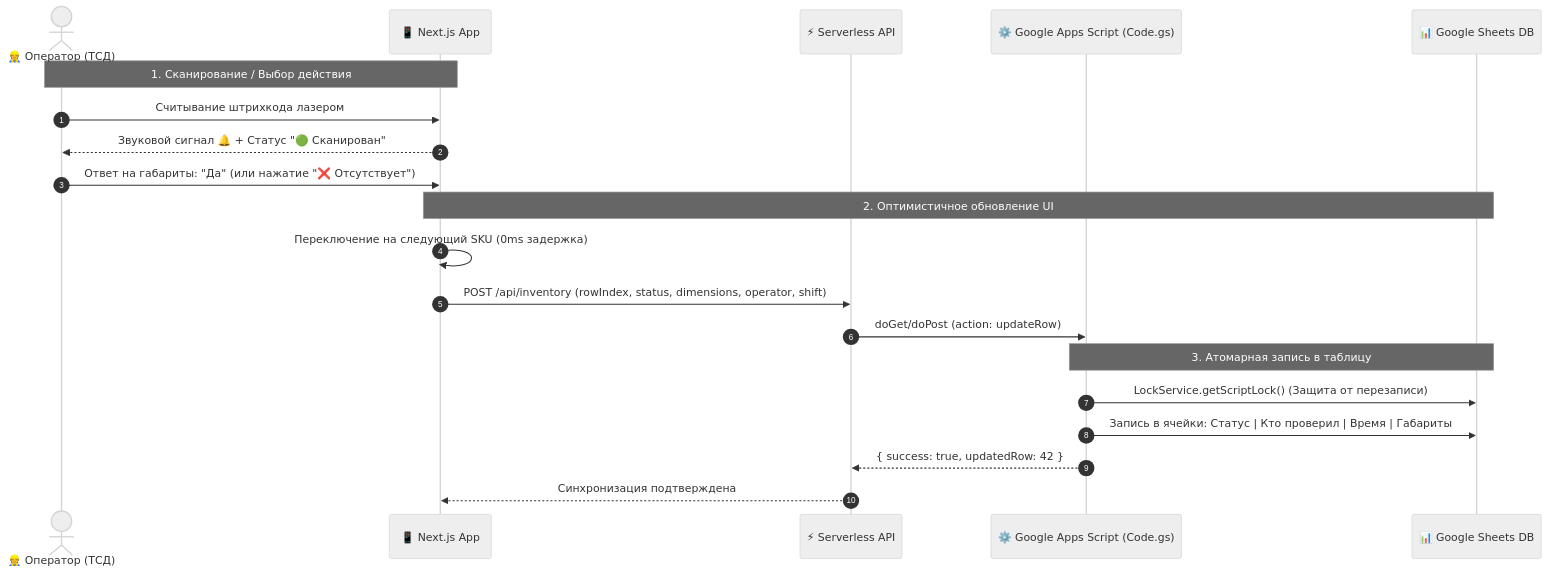
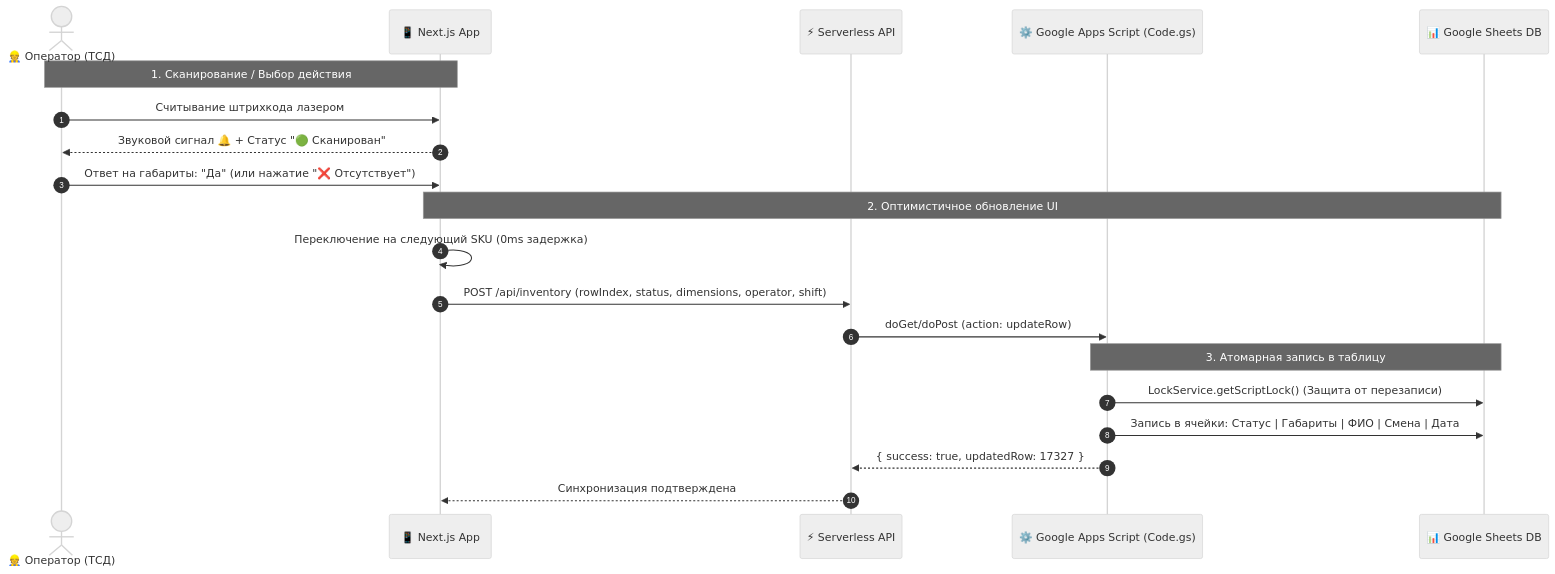
The diagram in README.md (theanvarow/Minni-app-for-Werehose-), drawn with Mermaid (neutral theme) before and after one commit. The commit also changed other lines of this file and 1 other file, not shown here.

Commit message:
docs: add real Google Sheets synchronization screenshot and full column schema breakdown

````diff
--- a/README.md
+++ b/README.md
@@ -101,25 +103,25 @@
 ```mermaid
 sequenceDiagram
     autonumber
     actor Op as 👷 Оператор (ТСД)
     participant UI as 📱 Next.js App
     participant API as ⚡ Serverless API
     participant GAS as ⚙️ Google Apps Script (Code.gs)
     participant DB as 📊 Google Sheets DB
 
     Note over Op,UI: 1. Сканирование / Выбор действия
     Op->>UI: Считывание штрихкода лазером
     UI-->>Op: Звуковой сигнал 🔔 + Статус "🟢 Сканирован"
     Op->>UI: Ответ на габариты: "Да" (или нажатие "❌ Отсутствует")
     
     Note over UI,DB: 2. Оптимистичное обновление UI
     UI->>UI: Переключение на следующий SKU (0ms задержка)
     UI->>API: POST /api/inventory (rowIndex, status, dimensions, operator, shift)
     API->>GAS: doGet/doPost (action: updateRow)
     
     Note over GAS,DB: 3. Атомарная запись в таблицу
     GAS->>DB: LockService.getScriptLock() (Защита от перезаписи)
-    GAS->>DB: Запись в ячейки: Статус | Кто проверил | Время | Габариты
-    GAS-->>API: { success: true, updatedRow: 42 }
+    GAS->>DB: Запись в ячейки: Статус | Габариты | ФИО | Смена | Дата
+    GAS-->>API: { success: true, updatedRow: 17327 }
     API-->>UI: Синхронизация подтверждена
 ```
````
